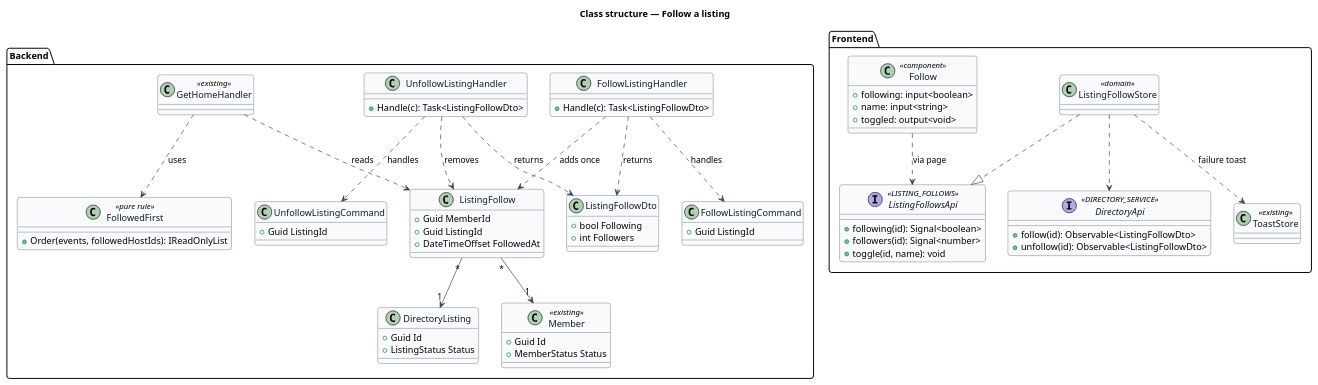
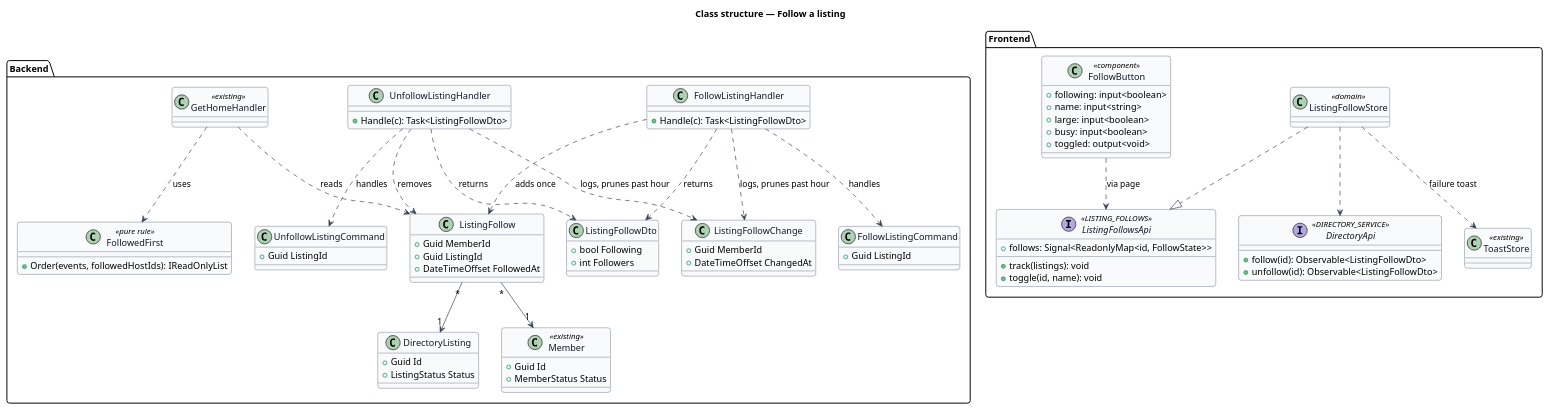
The diagram in docs/detailed-designs/directory/follow-listing/diagrams/class.puml (QuinntyneBrown/christian-fitness), drawn with PlantUML before and after one commit. The commit also changed 9 other files, not shown here.

```diff
--- a/docs/detailed-designs/directory/follow-listing/diagrams/class.puml
+++ b/docs/detailed-designs/directory/follow-listing/diagrams/class.puml
@@ -1,83 +1,91 @@
 @startuml
 skinparam backgroundColor #FFFFFF
 skinparam shadowing false
 skinparam roundcorner 8
 skinparam defaultFontName Arial
 skinparam ArrowColor #344054
 skinparam class {
   BorderColor #344054
   FontColor #101828
   BackgroundColor #F9FAFB
 }
 title Class structure — Follow a listing
 
 package "Backend" {
   class ListingFollow {
     +Guid MemberId
     +Guid ListingId
     +DateTimeOffset FollowedAt
+  }
+  class ListingFollowChange {
+    +Guid MemberId
+    +DateTimeOffset ChangedAt
   }
   class DirectoryListing {
     +Guid Id
     +ListingStatus Status
   }
   class Member <<existing>> {
     +Guid Id
     +MemberStatus Status
   }
   class FollowListingCommand {
     +Guid ListingId
   }
   class UnfollowListingCommand {
     +Guid ListingId
   }
   class FollowListingHandler {
     +Handle(c): Task<ListingFollowDto>
   }
   class UnfollowListingHandler {
     +Handle(c): Task<ListingFollowDto>
   }
   class ListingFollowDto {
     +bool Following
     +int Followers
   }
   class GetHomeHandler <<existing>>
   class FollowedFirst <<pure rule>> {
     +Order(events, followedHostIds): IReadOnlyList
   }
 }
 
 package "Frontend" {
   interface DirectoryApi <<DIRECTORY_SERVICE>> {
     +follow(id): Observable<ListingFollowDto>
     +unfollow(id): Observable<ListingFollowDto>
   }
   interface ListingFollowsApi <<LISTING_FOLLOWS>> {
-    +following(id): Signal<boolean>
-    +followers(id): Signal<number>
+    +follows: Signal<ReadonlyMap<id, FollowState>>
+    +track(listings): void
     +toggle(id, name): void
   }
   class ListingFollowStore <<domain>>
   class ToastStore <<existing>>
-  class Follow <<component>> {
+  class FollowButton <<component>> {
     +following: input<boolean>
     +name: input<string>
+    +large: input<boolean>
+    +busy: input<boolean>
     +toggled: output<void>
   }
 }
 
 ListingFollow "*" --> "1" DirectoryListing
 ListingFollow "*" --> "1" Member
 FollowListingHandler ..> FollowListingCommand : handles
 UnfollowListingHandler ..> UnfollowListingCommand : handles
 FollowListingHandler ..> ListingFollow : adds once
 UnfollowListingHandler ..> ListingFollow : removes
 FollowListingHandler ..> ListingFollowDto : returns
 UnfollowListingHandler ..> ListingFollowDto : returns
 GetHomeHandler ..> FollowedFirst : uses
 GetHomeHandler ..> ListingFollow : reads
 ListingFollowStore ..|> ListingFollowsApi
 ListingFollowStore ..> DirectoryApi
 ListingFollowStore ..> ToastStore : failure toast
-Follow ..> ListingFollowsApi : via page
+FollowButton ..> ListingFollowsApi : via page
+FollowListingHandler ..> ListingFollowChange : logs, prunes past hour
+UnfollowListingHandler ..> ListingFollowChange : logs, prunes past hour
 @enduml
```
